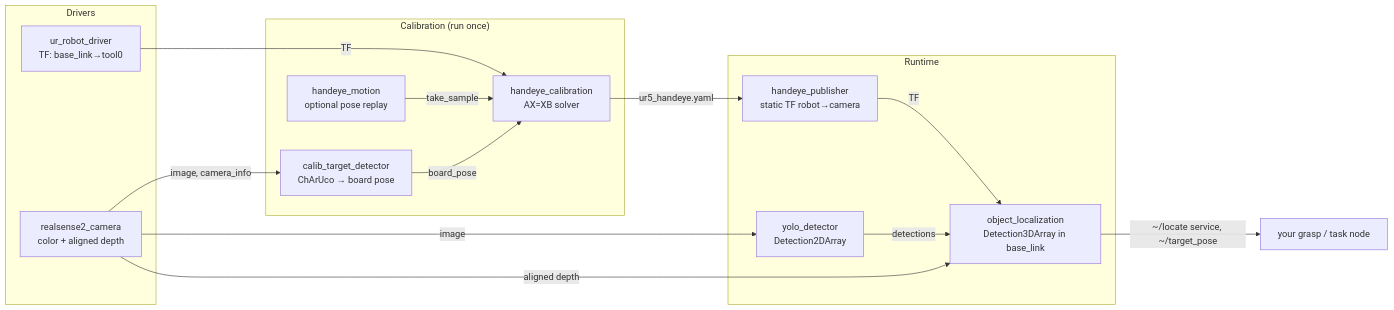
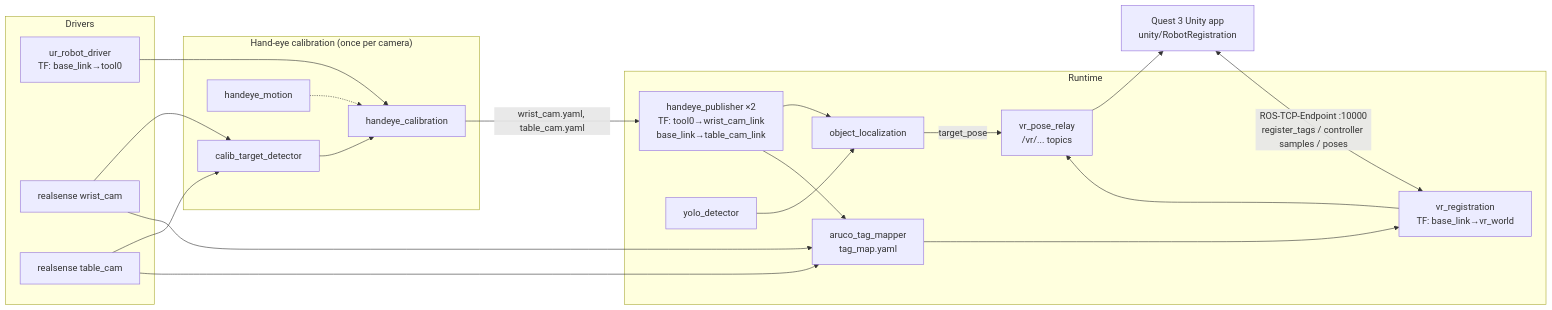
The diagram in README.md (FelixW1020/UR5-arm), drawn with Mermaid before and after one commit. The commit also changed other lines of this file and 54 other files, not shown here.

First line of the commit message:
Add dual-camera support, ArUco tag mapping and Quest 3 registration

````diff
--- a/README.md
+++ b/README.md
@@ -12,28 +16,33 @@
 ```mermaid
 flowchart LR
   subgraph Drivers
     UR[ur_robot_driver<br/>TF: base_link→tool0]
-    RS[realsense2_camera<br/>color + aligned depth]
+    RS1[realsense wrist_cam]
+    RS2[realsense table_cam]
   end
 
-  subgraph Calibration["Calibration (run once)"]
-    TD[calib_target_detector<br/>ChArUco → board pose]
-    HC[handeye_calibration<br/>AX=XB solver]
-    HM[handeye_motion<br/>optional pose replay]
+  subgraph Calibration["Hand-eye calibration (once per camera)"]
+    TD[calib_target_detector] --> HC[handeye_calibration]
+    HM[handeye_motion] -.-> HC
   end
 
-  subgraph Runtime["Runtime"]
-    HP[handeye_publisher<br/>static TF robot→camera]
-    YO[yolo_detector<br/>Detection2DArray]
-    OL[object_localization<br/>Detection3DArray in base_link]
+  subgraph Runtime
+    HP[handeye_publisher ×2<br/>TF: tool0→wrist_cam_link<br/>base_link→table_cam_link]
+    YO[yolo_detector] --> OL[object_localization]
+    TM[aruco_tag_mapper<br/>tag_map.yaml]
+    VR[vr_registration<br/>TF: base_link→vr_world]
+    PR[vr_pose_relay<br/>/vr/... topics]
   end
 
-  RS -->|image, camera_info| TD -->|board_pose| HC
-  UR -->|TF| HC
-  HM -->|take_sample| HC
-  HC -->|ur5_handeye.yaml| HP
-  HP -->|TF| OL
-  RS -->|image| YO -->|detections| OL
-  RS -->|aligned depth| OL
-  OL -->|~/locate service, ~/target_pose| APP[your grasp / task node]
+  QUEST[Quest 3 Unity app<br/>unity/RobotRegistration]
+
+  RS1 & RS2 --> TD
+  UR --> HC
+  HC -->|wrist_cam.yaml, table_cam.yaml| HP
+  HP --> OL & TM
+  RS1 & RS2 --> TM --> VR
+  OL -->|target_pose| PR
+  VR --> PR
+  QUEST <-->|ROS-TCP-Endpoint :10000<br/>register_tags / controller samples / poses| VR
+  PR --> QUEST
 ```
````
